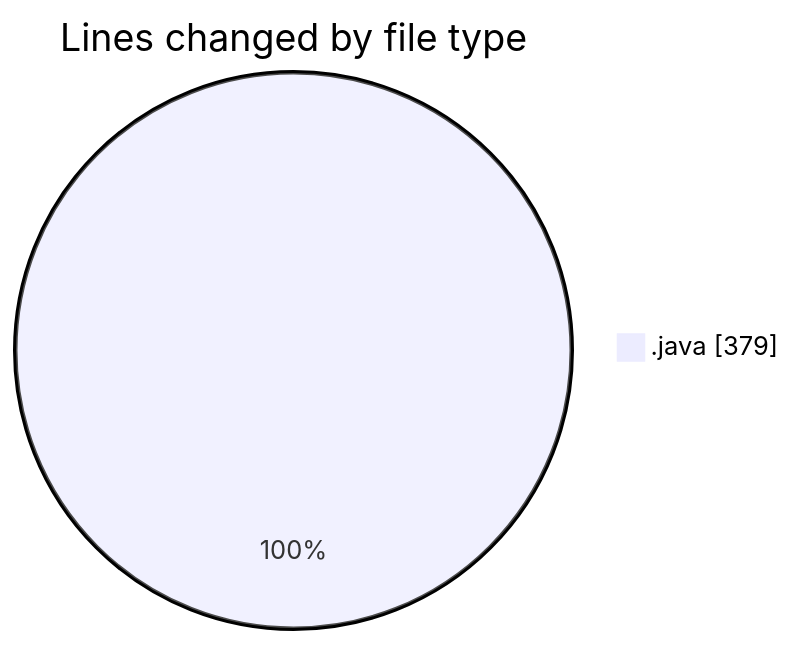
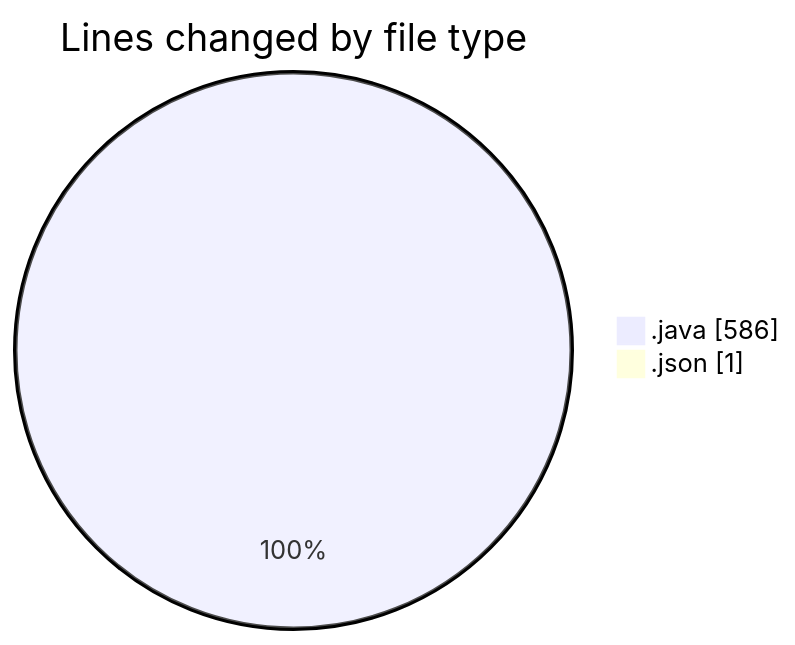
The first of 2 diagrams in 2026-05-26/cilapp/README.md (ricardozamudiocil/code-tracking), drawn with Mermaid before and after one commit. The commit also changed other lines of this file and 1 other file, not shown here.

````diff
--- a/2026-05-26/cilapp/README.md
+++ b/2026-05-26/cilapp/README.md
@@ -21,5 +24,6 @@
 ```mermaid
 pie showData
 title Lines changed by file type
-".java" : 379
+".java" : 586
+".json" : 1
 ```
````
